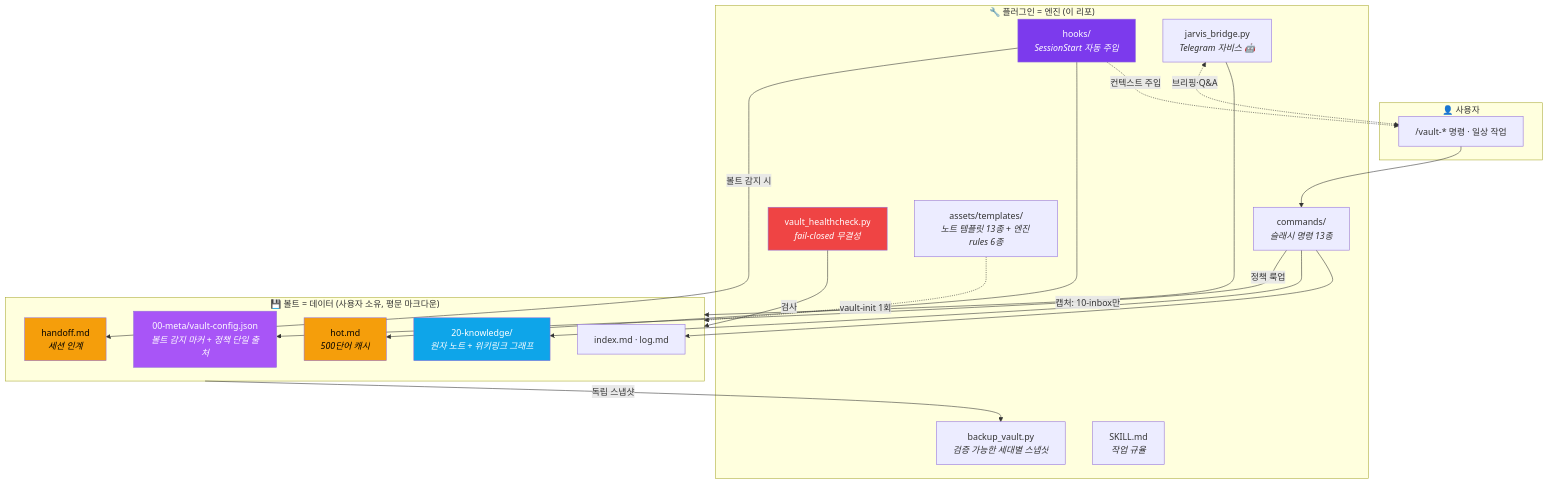
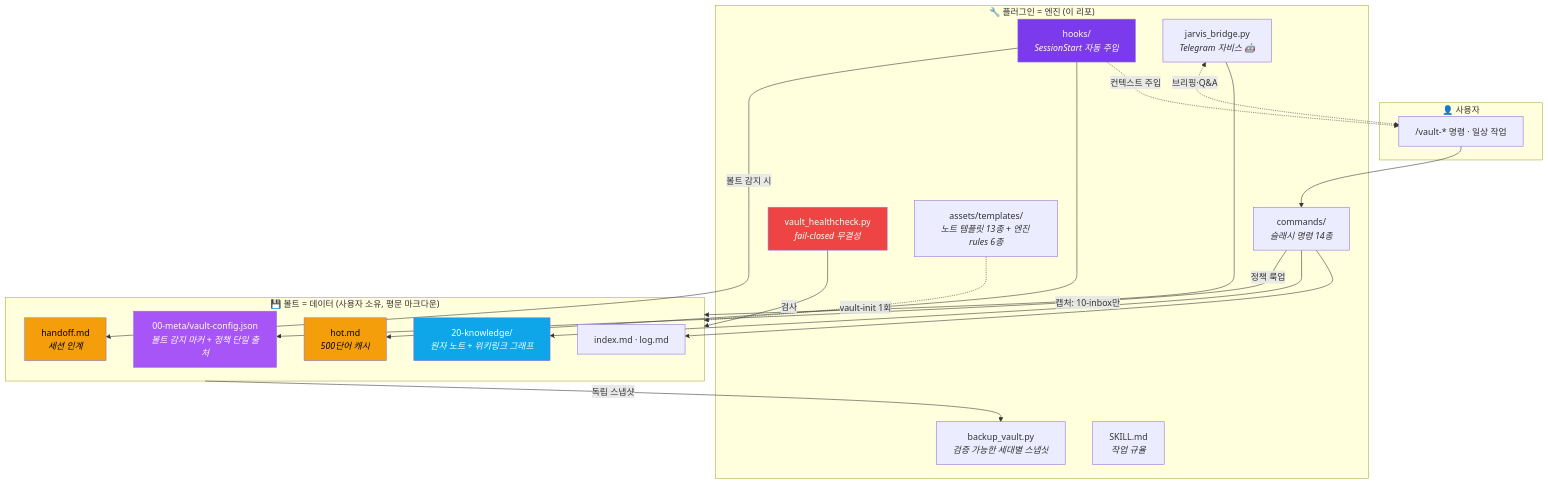
The second of 5 diagrams in README.md (Technoetic/agentic-vault), drawn with Mermaid before and after one commit. The commit also changed other lines of this file and 16 other files, not shown here.

````diff
--- a/README.md
+++ b/README.md
@@ -129,44 +135,44 @@
 ```mermaid
 flowchart TB
     subgraph user["👤 사용자"]
         U["/vault-* 명령 · 일상 작업"]
     end
 
     subgraph plugin["🔧 플러그인 = 엔진 (이 리포)"]
-        CMD["commands/<br/><i>슬래시 명령 13종</i>"]
+        CMD["commands/<br/><i>슬래시 명령 14종</i>"]
         HOOK["hooks/<br/><i>SessionStart 자동 주입</i>"]
         HC["vault_healthcheck.py<br/><i>fail-closed 무결성</i>"]
         BK["backup_vault.py<br/><i>검증 가능한 세대별 스냅샷</i>"]
         JB["jarvis_bridge.py<br/><i>Telegram 자비스 🤖</i>"]
         TPL["assets/templates/<br/><i>노트 템플릿 13종 + 엔진 rules 6종</i>"]
         SK["SKILL.md<br/><i>작업 규율</i>"]
     end
 
     subgraph vault["💾 볼트 = 데이터 (사용자 소유, 평문 마크다운)"]
         CFG["00-meta/vault-config.json<br/><i>볼트 감지 마커 + 정책 단일 출처</i>"]
         HOT["hot.md<br/><i>500단어 캐시</i>"]
         HND["handoff.md<br/><i>세션 인계</i>"]
         IDX["index.md · log.md"]
         KNW["20-knowledge/<br/><i>원자 노트 + 위키링크 그래프</i>"]
     end
 
     U --> CMD
     TPL -.vault-init 1회.-> vault
     CMD -->|정책 룩업| CFG
     CMD --> KNW
     CMD --> IDX
     HOOK -->|볼트 감지 시| HND
     HOOK --> HOT
     HOOK -.컨텍스트 주입.-> U
     HC -->|검사| vault
     vault -->|독립 스냅샷| BK
     JB -->|캡처: 10-inbox만| vault
     JB <-.->|브리핑·Q&A| U
 
     style CFG fill:#A855F7,color:#fff
     style HOOK fill:#7C3AED,color:#fff
     style HC fill:#EF4444,color:#fff
     style HOT fill:#F59E0B,color:#000
     style HND fill:#F59E0B,color:#000
     style KNW fill:#0EA5E9,color:#fff
 ```
````
